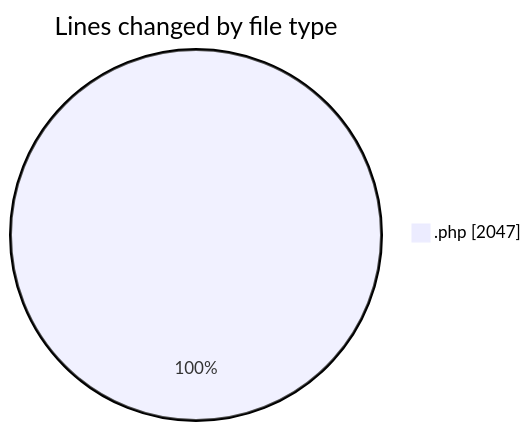
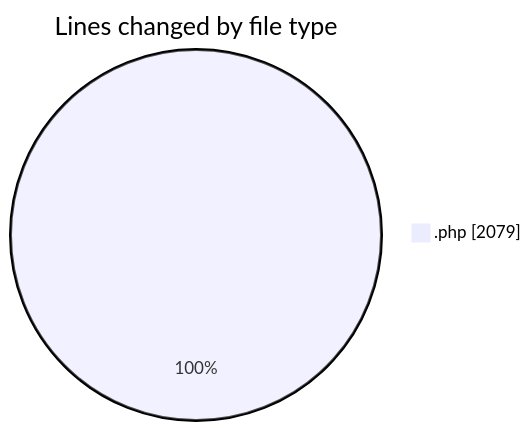
The first of 2 diagrams in 2025-10-02/untitled__workspace_/README.md (debugP/code-tracking), drawn with Mermaid before and after one commit. The commit also changed other lines of this file and 1 other file, not shown here.

````diff
--- a/2025-10-02/untitled__workspace_/README.md
+++ b/2025-10-02/untitled__workspace_/README.md
@@ -21,5 +21,5 @@
 ```mermaid
 pie showData
 title Lines changed by file type
-".php" : 2047
+".php" : 2079
 ```
````
